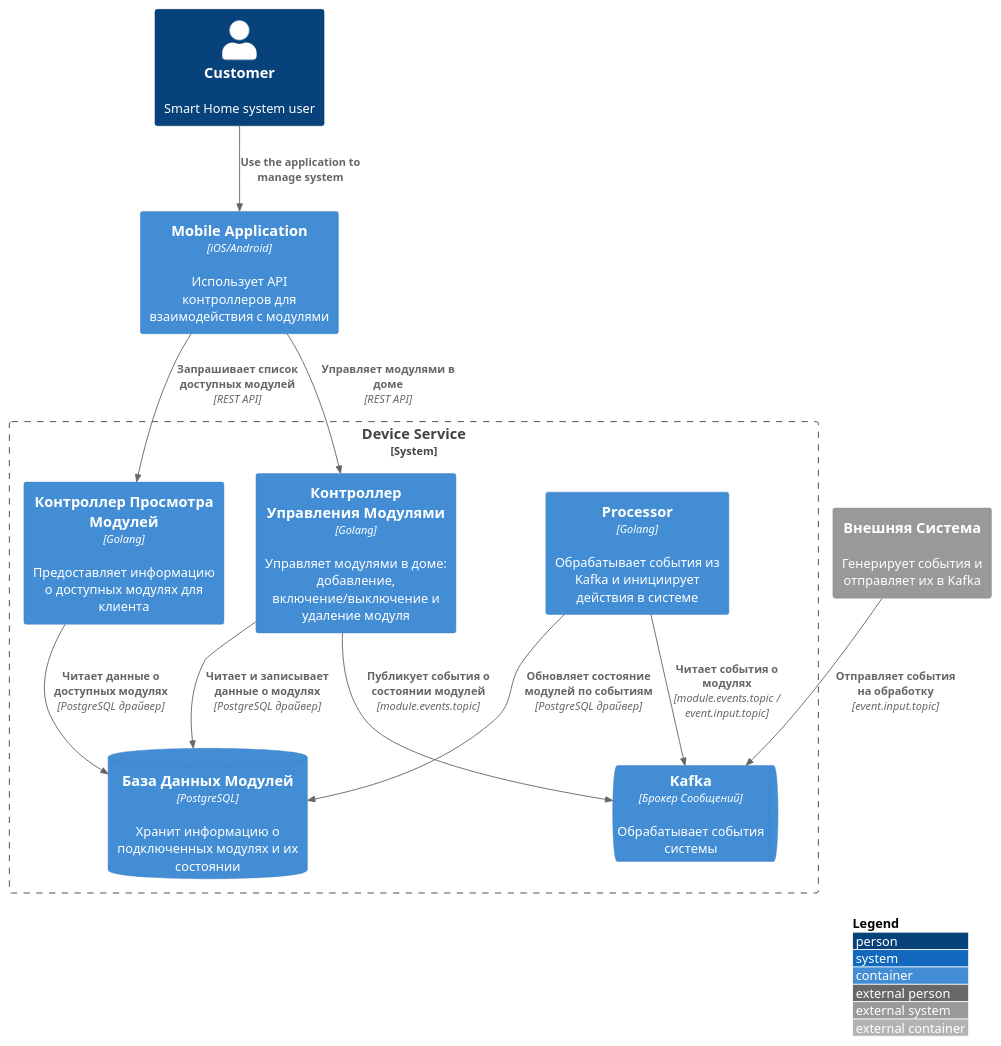
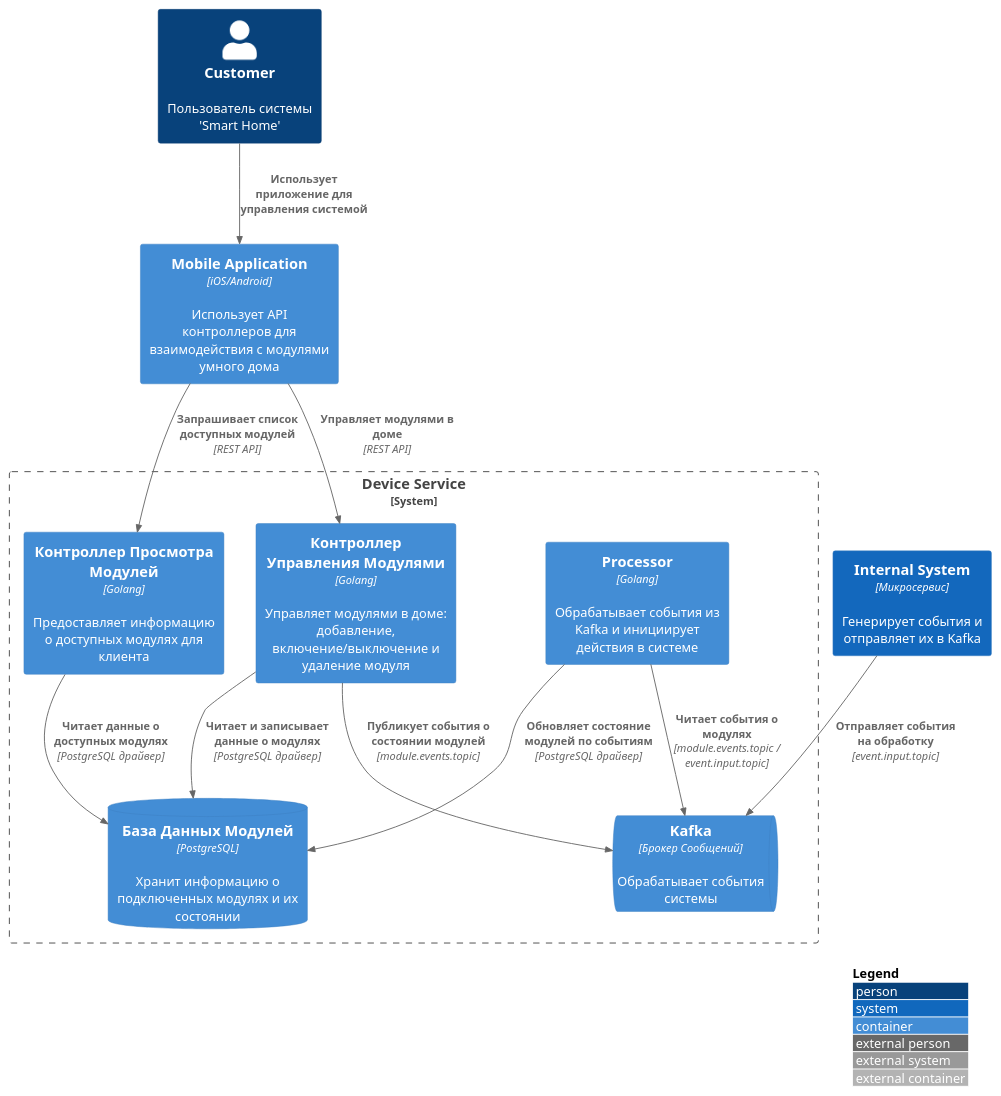
Before and after one commit to baydinvladislav/architecture-sprint-3: the diagram in smart-home-monolith/diagrams/component/Component_CleverVillageSystem_DeviceService.puml, drawn with PlantUML.

Commit message:
add internal system

```diff
--- a/smart-home-monolith/diagrams/component/Component_CleverVillageSystem_DeviceService.puml
+++ b/smart-home-monolith/diagrams/component/Component_CleverVillageSystem_DeviceService.puml
@@ -1,31 +1,31 @@
 @startuml
 !include <C4/C4_Container>
 
 LAYOUT_WITH_LEGEND()
 
-Person(user, "Customer", "Smart Home system user")
-Container(app_client, "Mobile Application", "iOS/Android", "Использует API контроллеров для взаимодействия с модулями")
-System_Ext(external_system, "Внешняя Система", "Генерирует события и отправляет их в Kafka")
+Person(user, "Customer", "Пользователь системы 'Smart Home'")
+Container(app_client, "Mobile Application", "iOS/Android", "Использует API контроллеров для взаимодействия с модулями умного дома")
+Container(internal_system, "Internal System", "Микросервис", "Генерирует события и отправляет их в Kafka") #1368bd
 
 System_Boundary(b_system, "Device Service") {
     Container(controller_modules_view, "Контроллер Просмотра Модулей", "Golang", "Предоставляет информацию о доступных модулях для клиента")
     Container(controller_module_management, "Контроллер Управления Модулями", "Golang", "Управляет модулями в доме: добавление, включение/выключение и удаление модуля")
 
     Container(processor, "Processor", "Golang", "Обрабатывает события из Kafka и инициирует действия в системе")
 
     ContainerDb(modules_db, "База Данных Модулей", "PostgreSQL", "Хранит информацию о подключенных модулях и их состоянии")
     ContainerQueue(kafka_broker, "Kafka", "Брокер Сообщений", "Обрабатывает события системы")
 }
 
 Rel(app_client, controller_modules_view, "Запрашивает список доступных модулей", "REST API")
 Rel(app_client, controller_module_management, "Управляет модулями в доме", "REST API")
 
-Rel(user, app_client, "Use the application to manage system")
+Rel(user, app_client, "Использует приложение для управления системой")
 Rel(controller_modules_view, modules_db, "Читает данные о доступных модулях", "PostgreSQL драйвер")
 Rel(controller_module_management, modules_db, "Читает и записывает данные о модулях", "PostgreSQL драйвер")
 Rel(controller_module_management, kafka_broker, "Публикует события о состоянии модулей", "module.events.topic")
-Rel(external_system, kafka_broker, "Отправляет события на обработку", "event.input.topic")
+Rel(internal_system, kafka_broker, "Отправляет события на обработку", "event.input.topic")
 Rel(processor, kafka_broker, "Читает события о модулях", "module.events.topic / event.input.topic")
 Rel(processor, modules_db, "Обновляет состояние модулей по событиям", "PostgreSQL драйвер")
 
 @enduml
```
